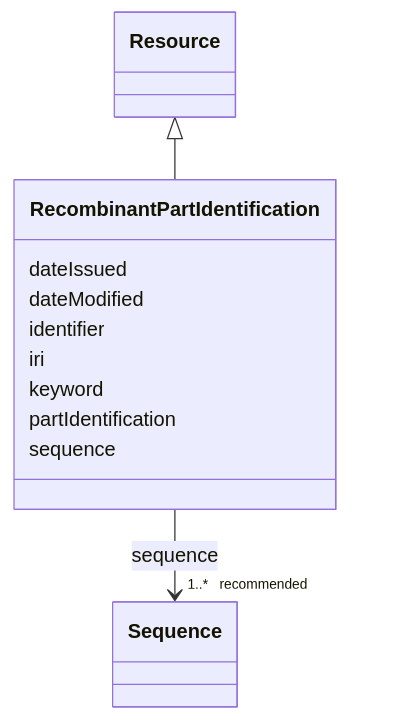
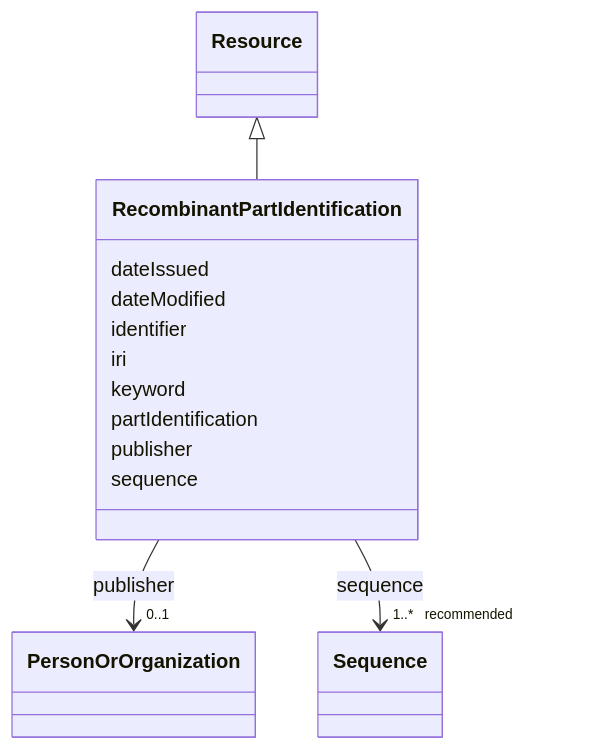
One commit to EVORA-project/evora-ontology changed the diagram in models/docs/RecombinantPartIdentification.md. Above: the diagram before and after it, drawn with Mermaid. The commit also changed other lines of this file and 468 other files, not shown here.

````diff
--- a/models/docs/RecombinantPartIdentification.md
+++ b/models/docs/RecombinantPartIdentification.md
@@ -19,30 +19,39 @@
 ```mermaid
  classDiagram
     class RecombinantPartIdentification
     click RecombinantPartIdentification href "../RecombinantPartIdentification"
       Resource <|-- RecombinantPartIdentification
         click Resource href "../Resource"
       
       RecombinantPartIdentification : dateIssued
         
       RecombinantPartIdentification : dateModified
         
       RecombinantPartIdentification : identifier
         
       RecombinantPartIdentification : iri
         
       RecombinantPartIdentification : keyword
         
       RecombinantPartIdentification : partIdentification
         
+      RecombinantPartIdentification : publisher
+        
+          
+    
+    
+    RecombinantPartIdentification --> "0..1" PersonOrOrganization : publisher
+    click PersonOrOrganization href "../PersonOrOrganization"
+
+        
       RecombinantPartIdentification : sequence
         
           
     
     
     RecombinantPartIdentification --> "1..* _recommended_" Sequence : sequence
     click Sequence href "../Sequence"
 
         
       
 ```
````
